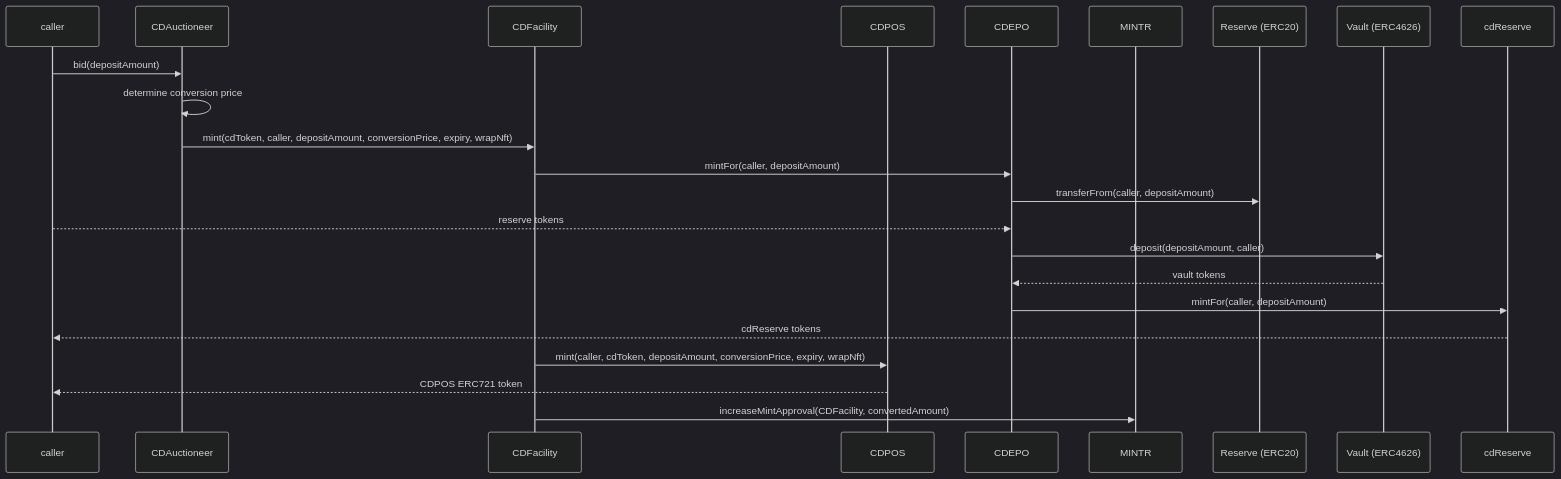
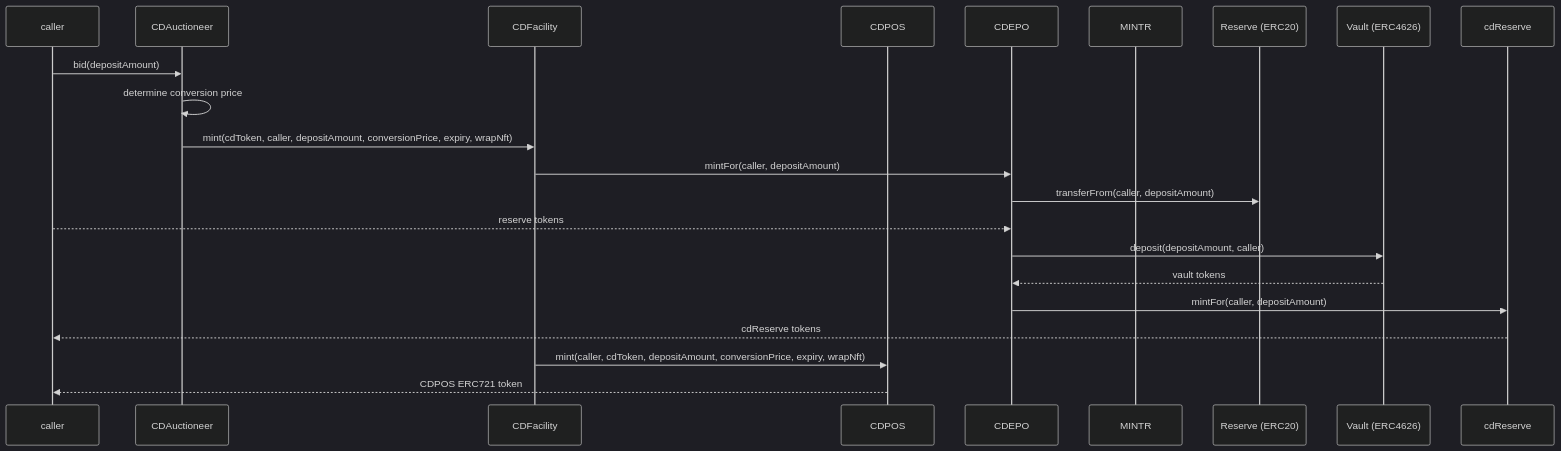
One commit to OlympusDAO/olympus-v3 changed the third of 6 diagrams in audit/2025-01_convertible-deposits/README.md. Above: the diagram before and after it, drawn with Mermaid (dark theme). The commit also changed other lines of this file, not shown here.

Commit message:
Remove mint approvals from diagrams

````diff
--- a/audit/2025-01_convertible-deposits/README.md
+++ b/audit/2025-01_convertible-deposits/README.md
@@ -175,26 +175,25 @@
 ```mermaid
 sequenceDiagram
     participant caller
     participant CDAuctioneer
     participant CDFacility
     participant CDPOS
     participant CDEPO
     participant MINTR
     participant ReserveToken as Reserve (ERC20)
     participant VaultToken as Vault (ERC4626)
     participant cdReserve
 
     caller->>CDAuctioneer: bid(depositAmount)
     CDAuctioneer->>CDAuctioneer: determine conversion price
     CDAuctioneer->>CDFacility: mint(cdToken, caller, depositAmount, conversionPrice, expiry, wrapNft)
     CDFacility->>CDEPO: mintFor(caller, depositAmount)
     CDEPO->>ReserveToken: transferFrom(caller, depositAmount)
     caller-->>CDEPO: reserve tokens
     CDEPO->>VaultToken: deposit(depositAmount, caller)
     VaultToken-->>CDEPO: vault tokens
     CDEPO->>cdReserve: mintFor(caller, depositAmount)
     cdReserve-->>caller: cdReserve tokens
     CDFacility->>CDPOS: mint(caller, cdToken, depositAmount, conversionPrice, expiry, wrapNft)
     CDPOS-->>caller: CDPOS ERC721 token
-    CDFacility->>MINTR: increaseMintApproval(CDFacility, convertedAmount)
 ```
````
